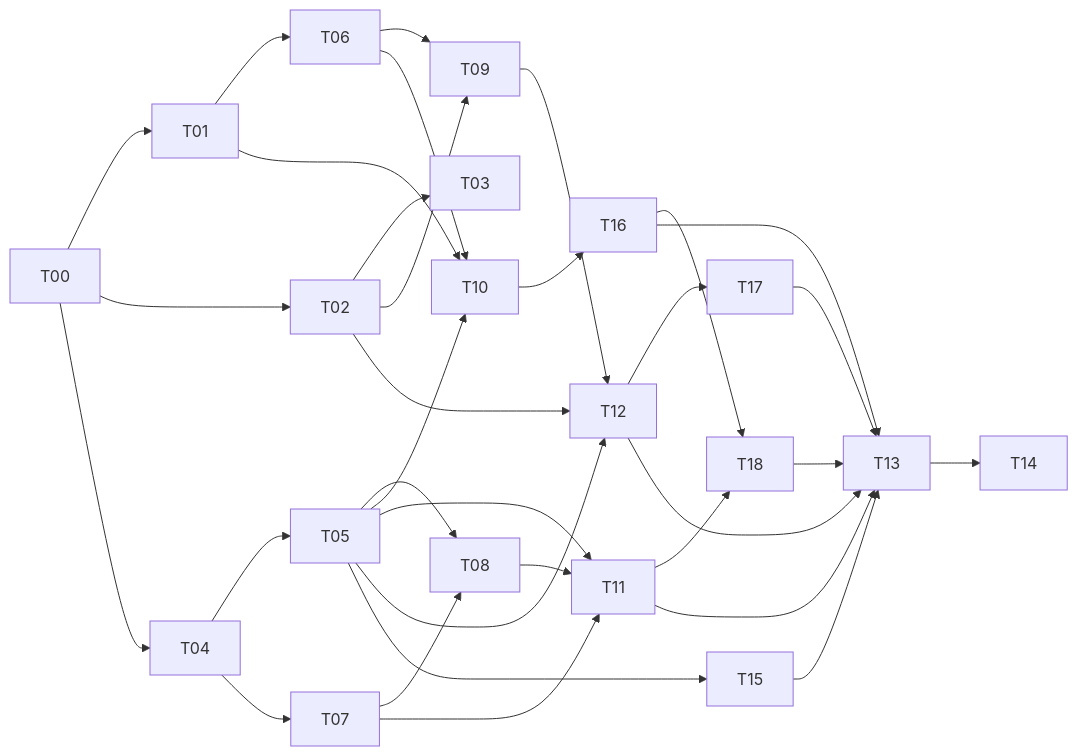
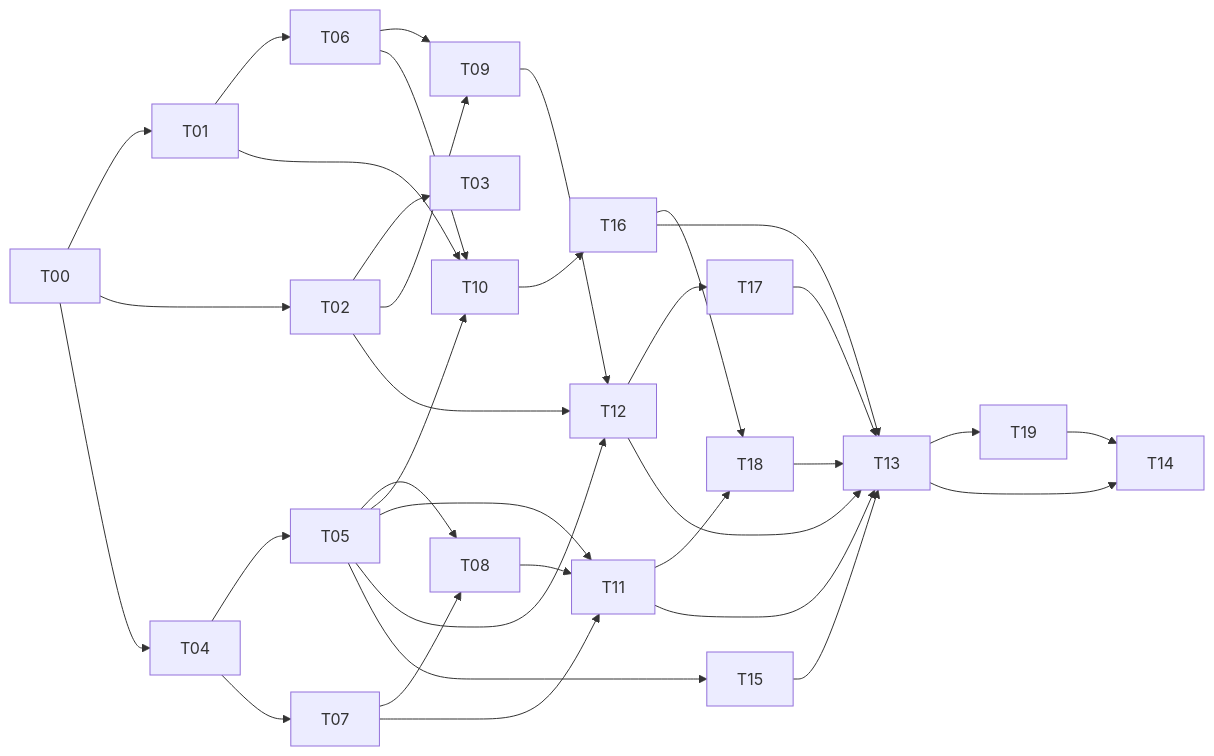
The diagram in docs/plan/ROADMAP.md (JaGaiMO0O/Ground-Work), drawn with Mermaid before and after one commit. The commit also changed other lines of this file and 3 other files, not shown here.

````diff
--- a/docs/plan/ROADMAP.md
+++ b/docs/plan/ROADMAP.md
@@ -17,17 +17,18 @@
 ```mermaid
 graph LR
   T00 --> T01 & T02 & T04
   T01 --> T06 & T10
   T02 --> T03 & T09 & T12
   T04 --> T05 & T07
   T05 --> T08 & T10 & T11 & T12 & T15
   T06 --> T09 & T10
   T07 --> T08 & T11
   T08 --> T11
   T09 --> T12
   T10 --> T16
   T12 --> T17
   T11 & T16 --> T18
   T11 & T12 & T15 & T16 & T17 & T18 --> T13
-  T13 --> T14
+  T13 --> T19
+  T13 & T19 --> T14
 ```
````
